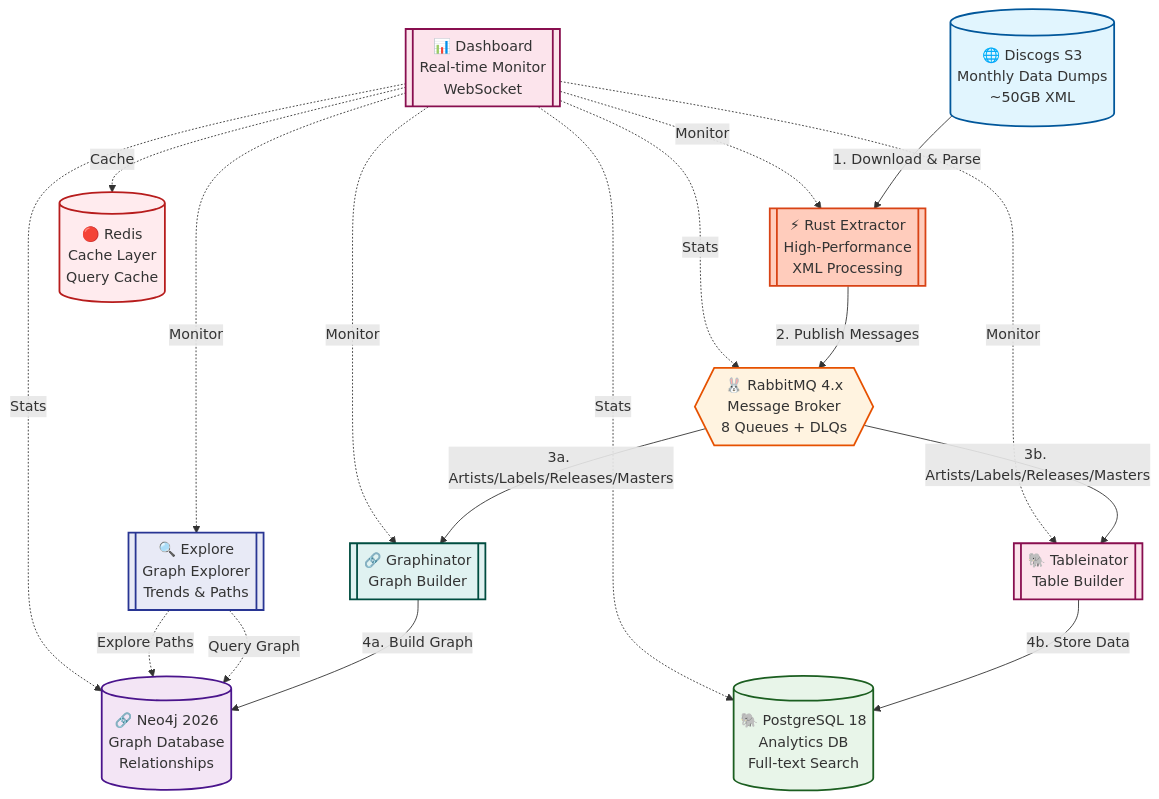
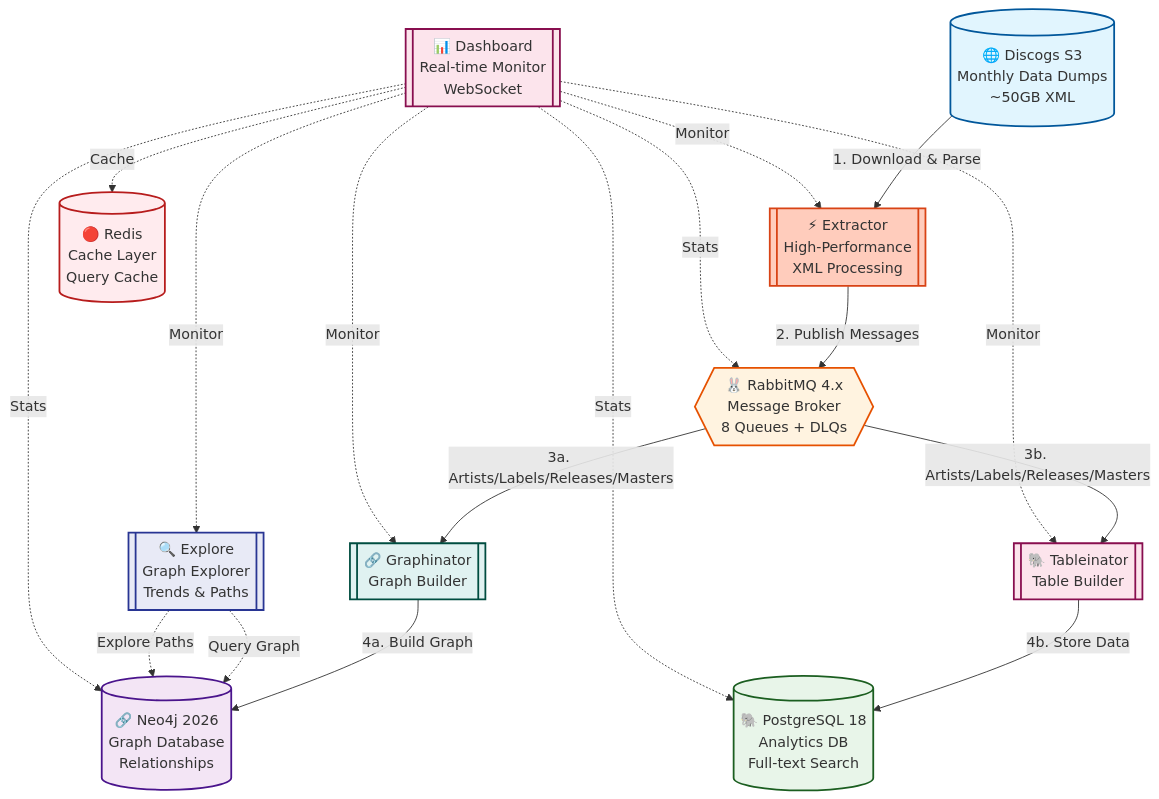
The first of 2 diagrams in docs/architecture.md (groovemap-music/deployment), drawn with Mermaid before and after one commit. The commit also changed other lines of this file and 8 other files, not shown here.

````diff
--- a/docs/architecture.md
+++ b/docs/architecture.md
@@ -38,43 +38,43 @@
 ```mermaid
 graph TD
     S3[("🌐 Discogs S3<br/>Monthly Data Dumps<br/>~50GB XML")]
-    RSEXT[["⚡ Rust Extractor<br/>High-Performance<br/>XML Processing"]]
+    EXT[["⚡ Extractor<br/>High-Performance<br/>XML Processing"]]
     RMQ{{"🐰 RabbitMQ 4.x<br/>Message Broker<br/>8 Queues + DLQs"}}
     NEO4J[("🔗 Neo4j 2026<br/>Graph Database<br/>Relationships")]
     PG[("🐘 PostgreSQL 18<br/>Analytics DB<br/>Full-text Search")]
     REDIS[("🔴 Redis<br/>Cache Layer<br/>Query Cache")]
     GRAPH[["🔗 Graphinator<br/>Graph Builder"]]
     TABLE[["🐘 Tableinator<br/>Table Builder"]]
     DASH[["📊 Dashboard<br/>Real-time Monitor<br/>WebSocket"]]
     EXPLORE[["🔍 Explore<br/>Graph Explorer<br/>Trends & Paths"]]
 
-    S3 -->|1. Download & Parse| RSEXT
-    RSEXT -->|2. Publish Messages| RMQ
+    S3 -->|1. Download & Parse| EXT
+    EXT -->|2. Publish Messages| RMQ
     RMQ -->|3a. Artists/Labels/Releases/Masters| GRAPH
     RMQ -->|3b. Artists/Labels/Releases/Masters| TABLE
     GRAPH -->|4a. Build Graph| NEO4J
     TABLE -->|4b. Store Data| PG
 
     EXPLORE -.->|Query Graph| NEO4J
     EXPLORE -.->|Explore Paths| NEO4J
 
-    DASH -.->|Monitor| RSEXT
+    DASH -.->|Monitor| EXT
     DASH -.->|Monitor| GRAPH
     DASH -.->|Monitor| TABLE
     DASH -.->|Monitor| EXPLORE
     DASH -.->|Cache| REDIS
     DASH -.->|Stats| RMQ
     DASH -.->|Stats| NEO4J
     DASH -.->|Stats| PG
 
     style S3 fill:#e1f5fe,stroke:#01579b,stroke-width:2px
-    style RSEXT fill:#ffccbc,stroke:#d84315,stroke-width:2px
+    style EXT fill:#ffccbc,stroke:#d84315,stroke-width:2px
     style RMQ fill:#fff3e0,stroke:#e65100,stroke-width:2px
     style NEO4J fill:#f3e5f5,stroke:#4a148c,stroke-width:2px
     style PG fill:#e8f5e9,stroke:#1b5e20,stroke-width:2px
     style REDIS fill:#ffebee,stroke:#b71c1c,stroke-width:2px
     style DASH fill:#fce4ec,stroke:#880e4f,stroke-width:2px
     style EXPLORE fill:#e8eaf6,stroke:#283593,stroke-width:2px
     style GRAPH fill:#e0f2f1,stroke:#004d40,stroke-width:2px
     style TABLE fill:#fce4ec,stroke:#880e4f,stroke-width:2px
 ```
````
